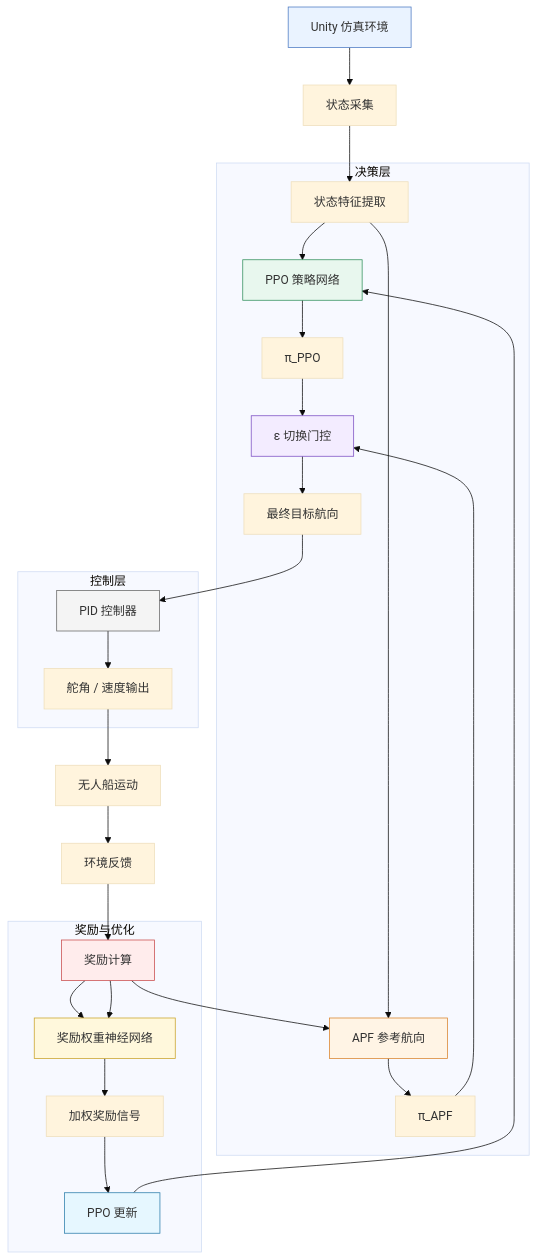
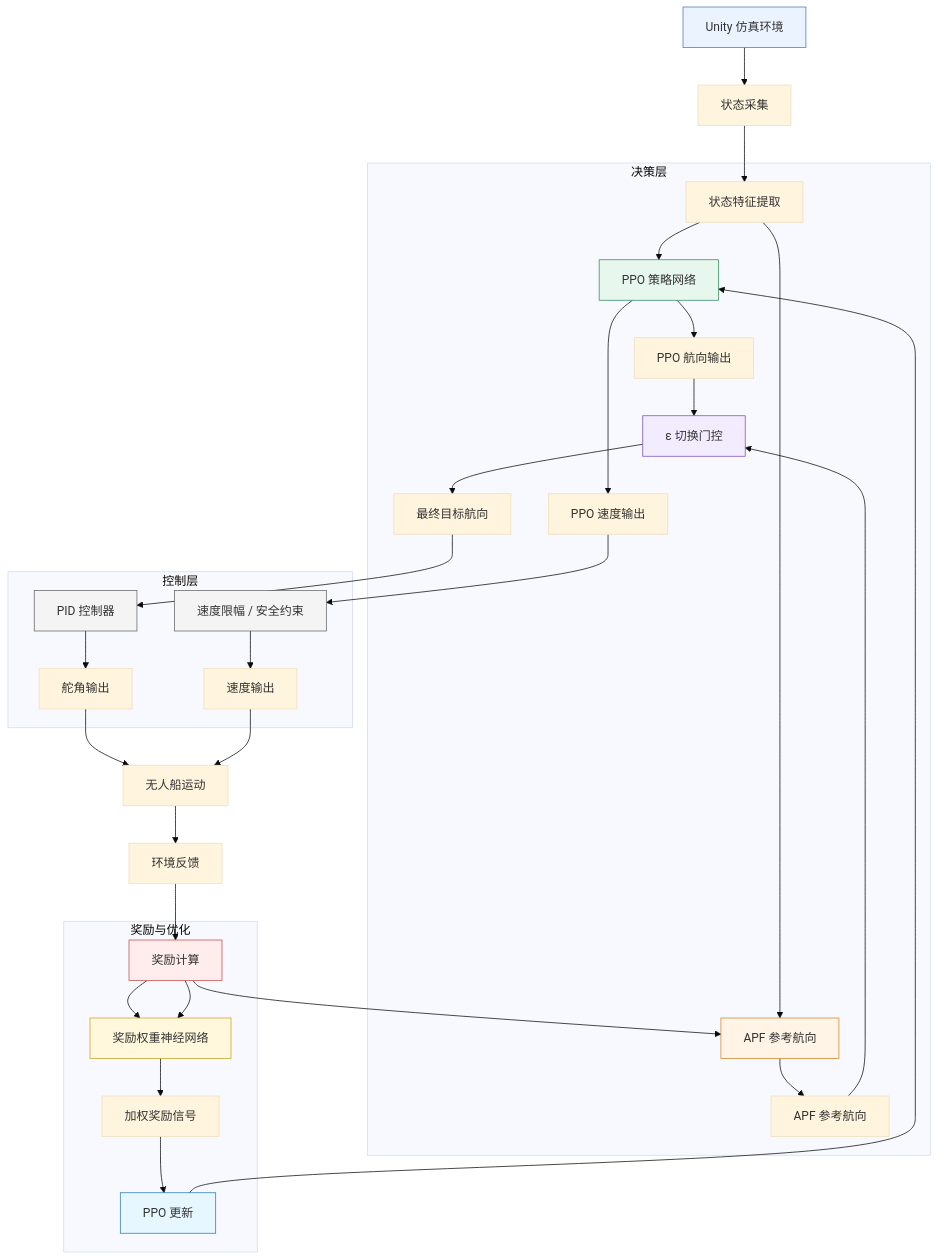
The diagram in docs/分析文档.md (wanandoris/NavAlg-C4), drawn with Mermaid (base theme) before and after one commit. The commit also changed 9 other files, not shown here.

````diff
--- a/docs/分析文档.md
+++ b/docs/分析文档.md
@@ -17,43 +17,48 @@
 ```mermaid
 flowchart TD
     A[Unity 仿真环境] --> B[状态采集]
     B --> C[状态特征提取]
 
     subgraph S1[决策层]
         C --> D[PPO 策略网络]
         C --> E[APF 参考航向]
-        D --> F[π_PPO]
-        E --> G[π_APF]
-        F --> H[ε 切换门控]
+        D --> F1[PPO 航向输出]
+        D --> F2[PPO 速度输出]
+        E --> G[APF 参考航向]
+        F1 --> H[ε 切换门控]
         G --> H
         H --> I[最终目标航向]
     end
 
     subgraph S2[控制层]
         I --> J[PID 控制器]
-        J --> K[舵角 / 速度输出]
+        J --> K1[舵角输出]
+        F2 --> J2[速度限幅 / 安全约束]
+        J2 --> K2[速度输出]
     end
 
-    K --> L[无人船运动]
+    K1 --> L[无人船运动]
+    K2 --> L
     L --> M[环境反馈]
     M --> N[奖励计算]
 
     subgraph S3[奖励与优化]
         N --> O[奖励权重神经网络]
         O --> P[加权奖励信号]
         P --> Q[PPO 更新]
         Q --> D
     end
 
     N --> E
     N --> O
 
     style A fill:#EAF3FF,stroke:#4A78C2,stroke-width:1px
     style D fill:#E8F7EE,stroke:#2F8F5B,stroke-width:1px
     style E fill:#FFF4E5,stroke:#D9822B,stroke-width:1px
     style H fill:#F3ECFF,stroke:#7A4CC2,stroke-width:1px
     style J fill:#F4F4F4,stroke:#666,stroke-width:1px
+    style J2 fill:#F4F4F4,stroke:#666,stroke-width:1px
     style N fill:#FFECEC,stroke:#C94B4B,stroke-width:1px
     style O fill:#FFF8DC,stroke:#C9A227,stroke-width:1px
     style Q fill:#E6F7FF,stroke:#2A7CAA,stroke-width:1px
 ```
````
